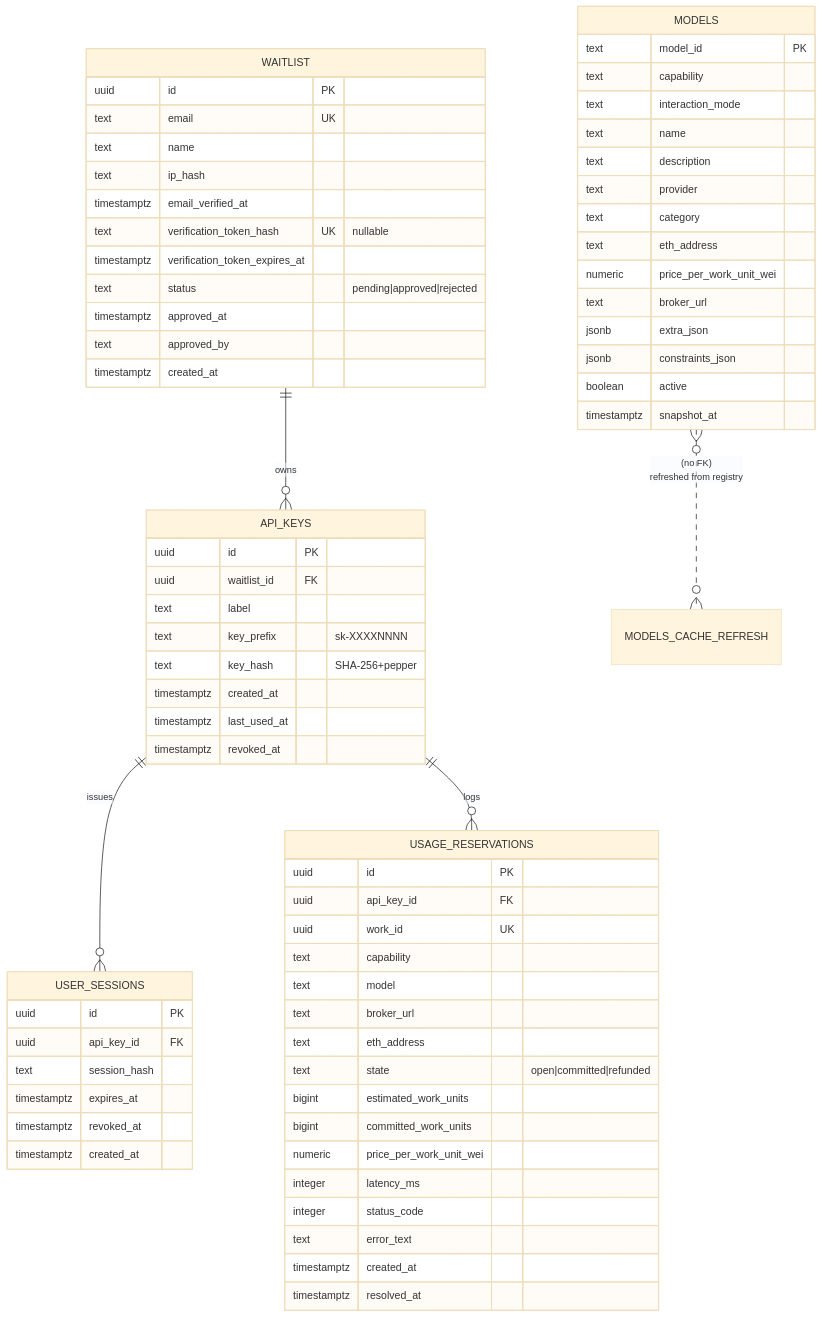
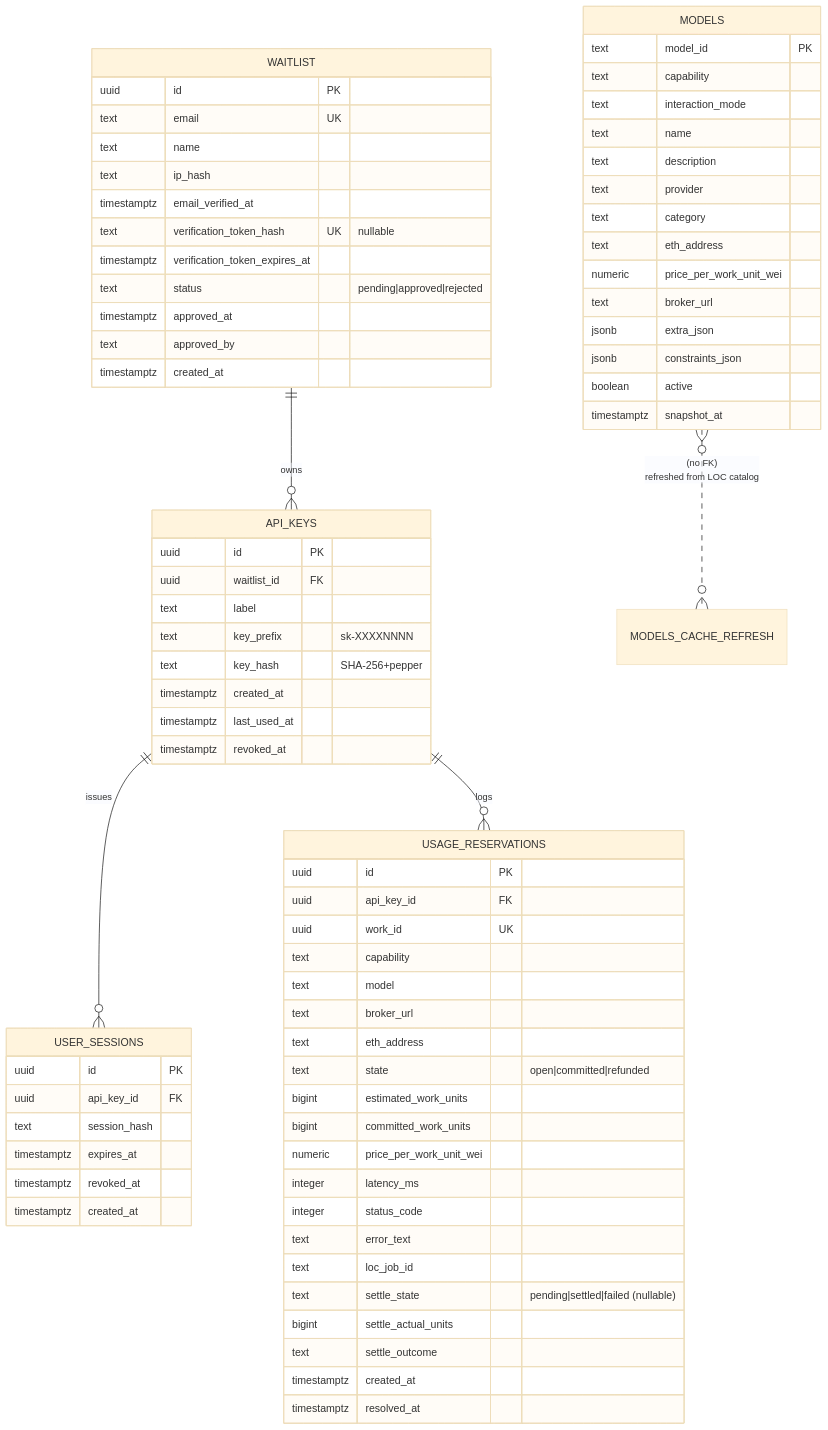
Before and after one commit to Cloud-SPE/livepeer-modules-openai-gateway: the second of 7 diagrams in ARCHITECTURE.md, drawn with Mermaid (base theme). The commit also changed other lines of this file and 67 other files, not shown here.

````diff
--- a/ARCHITECTURE.md
+++ b/ARCHITECTURE.md
@@ -103,77 +104,81 @@
 ```mermaid
 erDiagram
   WAITLIST ||--o{ API_KEYS : "owns"
   API_KEYS ||--o{ USER_SESSIONS : "issues"
   API_KEYS ||--o{ USAGE_RESERVATIONS : "logs"
-  MODELS }o..o{ MODELS_CACHE_REFRESH : "(no FK)<br/>refreshed from registry"
+  MODELS }o..o{ MODELS_CACHE_REFRESH : "(no FK)<br/>refreshed from LOC catalog"
 
   WAITLIST {
     uuid id PK
     text email UK
     text name
     text ip_hash
     timestamptz email_verified_at
     text verification_token_hash UK "nullable"
     timestamptz verification_token_expires_at
     text status "pending|approved|rejected"
     timestamptz approved_at
     text approved_by
     timestamptz created_at
   }
 
   API_KEYS {
     uuid id PK
     uuid waitlist_id FK
     text label
     text key_prefix "sk-XXXXNNNN"
     text key_hash "SHA-256+pepper"
     timestamptz created_at
     timestamptz last_used_at
     timestamptz revoked_at
   }
 
   USER_SESSIONS {
     uuid id PK
     uuid api_key_id FK
     text session_hash
     timestamptz expires_at
     timestamptz revoked_at
     timestamptz created_at
   }
 
   USAGE_RESERVATIONS {
     uuid id PK
     uuid api_key_id FK
     uuid work_id UK
     text capability
     text model
     text broker_url
     text eth_address
     text state "open|committed|refunded"
     bigint estimated_work_units
     bigint committed_work_units
     numeric price_per_work_unit_wei
     integer latency_ms
     integer status_code
     text error_text
+    text loc_job_id
+    text settle_state "pending|settled|failed (nullable)"
+    bigint settle_actual_units
+    text settle_outcome
     timestamptz created_at
     timestamptz resolved_at
   }
 
   MODELS {
     text model_id PK
     text capability
     text interaction_mode
     text name
     text description
     text provider
     text category
     text eth_address
     numeric price_per_work_unit_wei
     text broker_url
     jsonb extra_json
     jsonb constraints_json
     boolean active
     timestamptz snapshot_at
   }
 ```
````
